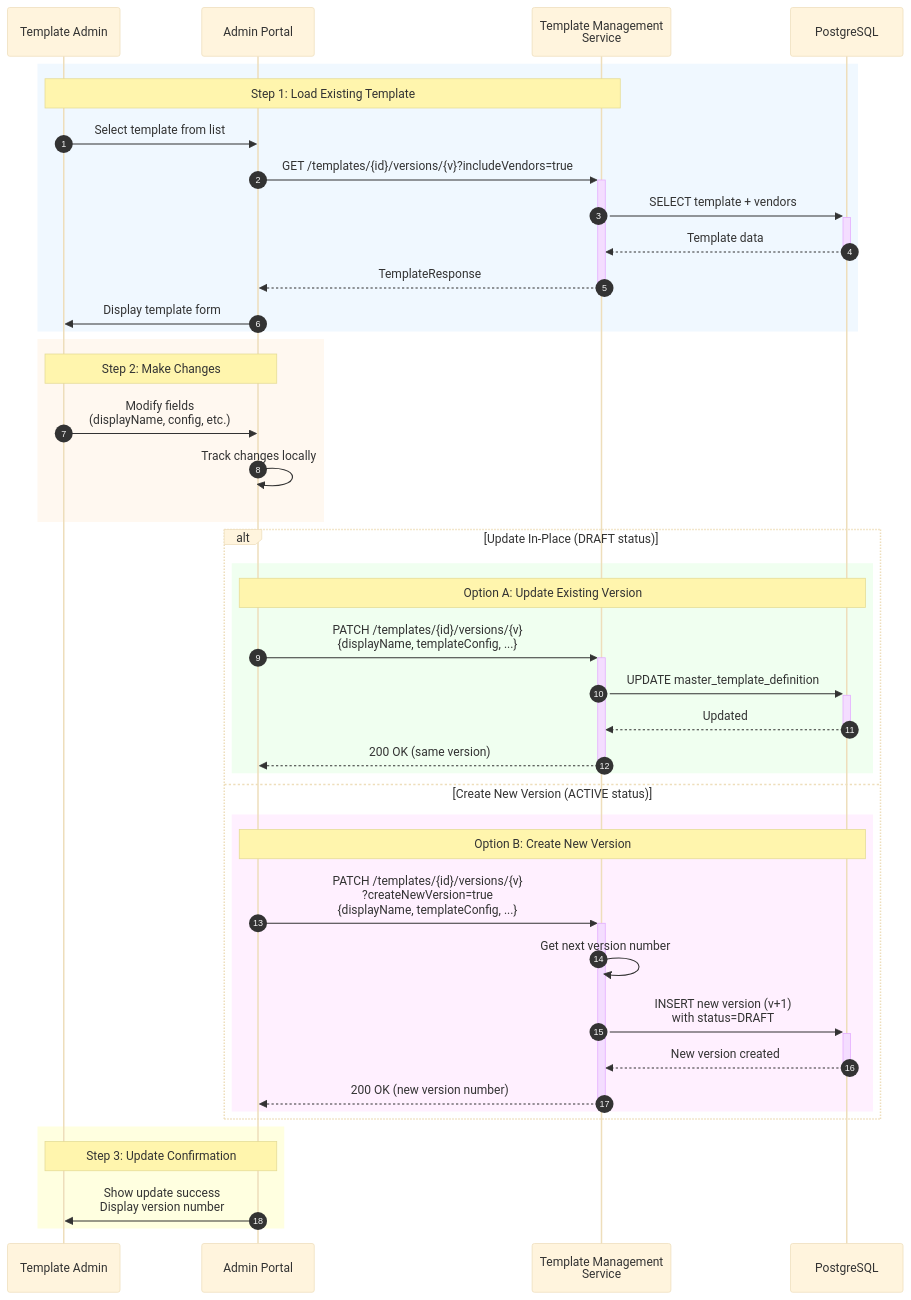
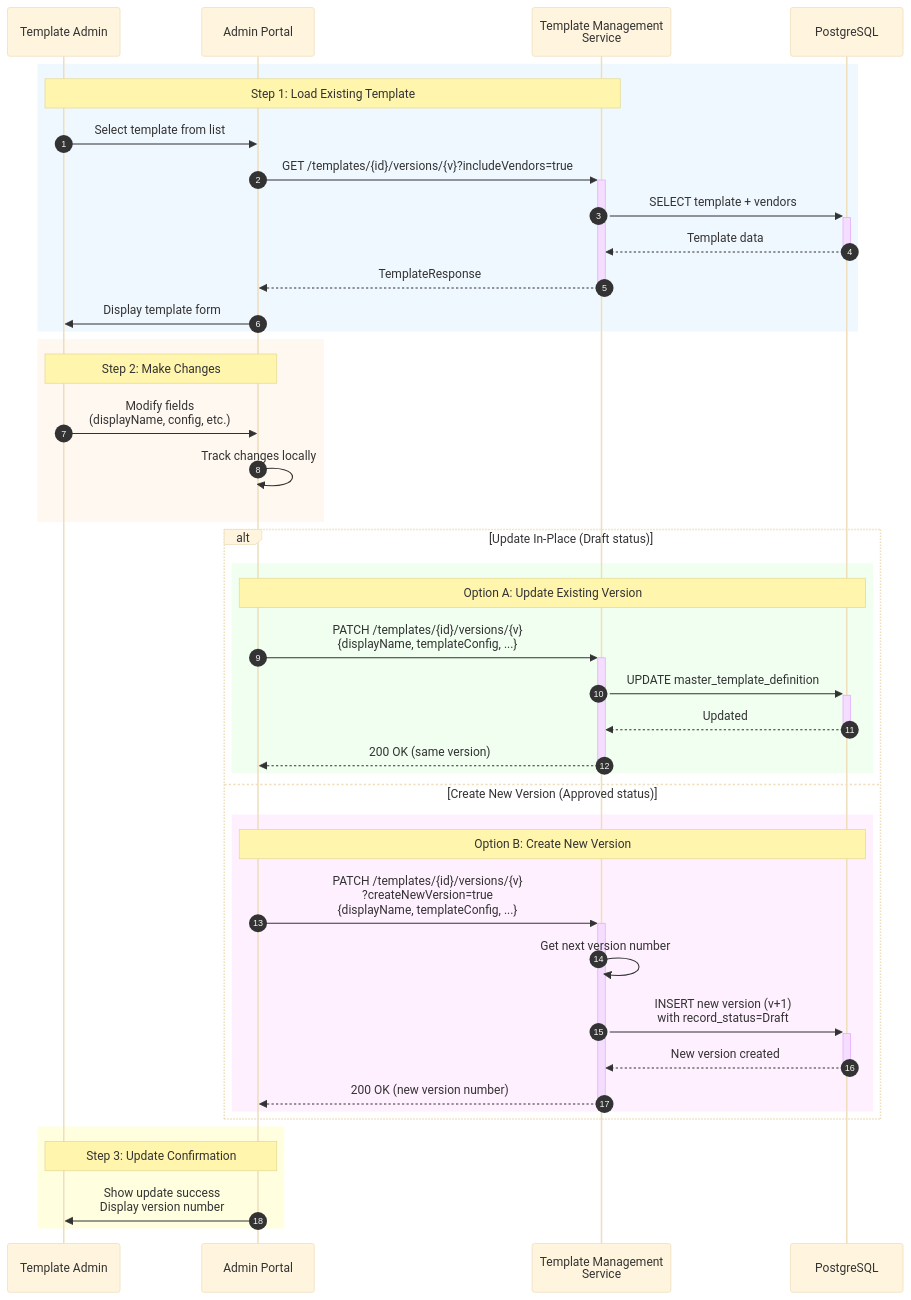
Before and after one commit to ghmd86/template-management-service: the fifth of 11 diagrams in docs/architecture/admin-portal-integration.md, drawn with Mermaid (base theme). The commit also changed other lines of this file, not shown here.

First line of the commit message:
Update status values to Draft, Pending, Approved, Archived

````diff
--- a/docs/architecture/admin-portal-integration.md
+++ b/docs/architecture/admin-portal-integration.md
@@ -221,48 +227,48 @@
 ```mermaid
 sequenceDiagram
     autonumber
     participant Admin as Template Admin
     participant Portal as Admin Portal
     participant TMS as Template Management<br/>Service
     participant DB as PostgreSQL
 
     rect rgb(240, 248, 255)
         Note over Admin,TMS: Step 1: Load Existing Template
         Admin->>Portal: Select template from list
         Portal->>+TMS: GET /templates/{id}/versions/{v}?includeVendors=true
         TMS->>+DB: SELECT template + vendors
         DB-->>-TMS: Template data
         TMS-->>-Portal: TemplateResponse
         Portal->>Admin: Display template form
     end
 
     rect rgb(255, 248, 240)
         Note over Admin,Portal: Step 2: Make Changes
         Admin->>Portal: Modify fields<br/>(displayName, config, etc.)
         Portal->>Portal: Track changes locally
     end
 
-    alt Update In-Place (DRAFT status)
+    alt Update In-Place (Draft status)
         rect rgb(240, 255, 240)
             Note over Portal,DB: Option A: Update Existing Version
             Portal->>+TMS: PATCH /templates/{id}/versions/{v}<br/>{displayName, templateConfig, ...}
             TMS->>+DB: UPDATE master_template_definition
             DB-->>-TMS: Updated
             TMS-->>-Portal: 200 OK (same version)
         end
-    else Create New Version (ACTIVE status)
+    else Create New Version (Approved status)
         rect rgb(255, 240, 255)
             Note over Portal,DB: Option B: Create New Version
             Portal->>+TMS: PATCH /templates/{id}/versions/{v}<br/>?createNewVersion=true<br/>{displayName, templateConfig, ...}
             TMS->>TMS: Get next version number
-            TMS->>+DB: INSERT new version (v+1)<br/>with status=DRAFT
+            TMS->>+DB: INSERT new version (v+1)<br/>with record_status=Draft
             DB-->>-TMS: New version created
             TMS-->>-Portal: 200 OK (new version number)
         end
     end
 
     rect rgb(255, 255, 224)
         Note over Admin,Portal: Step 3: Update Confirmation
         Portal->>Admin: Show update success<br/>Display version number
     end
 ```
````
